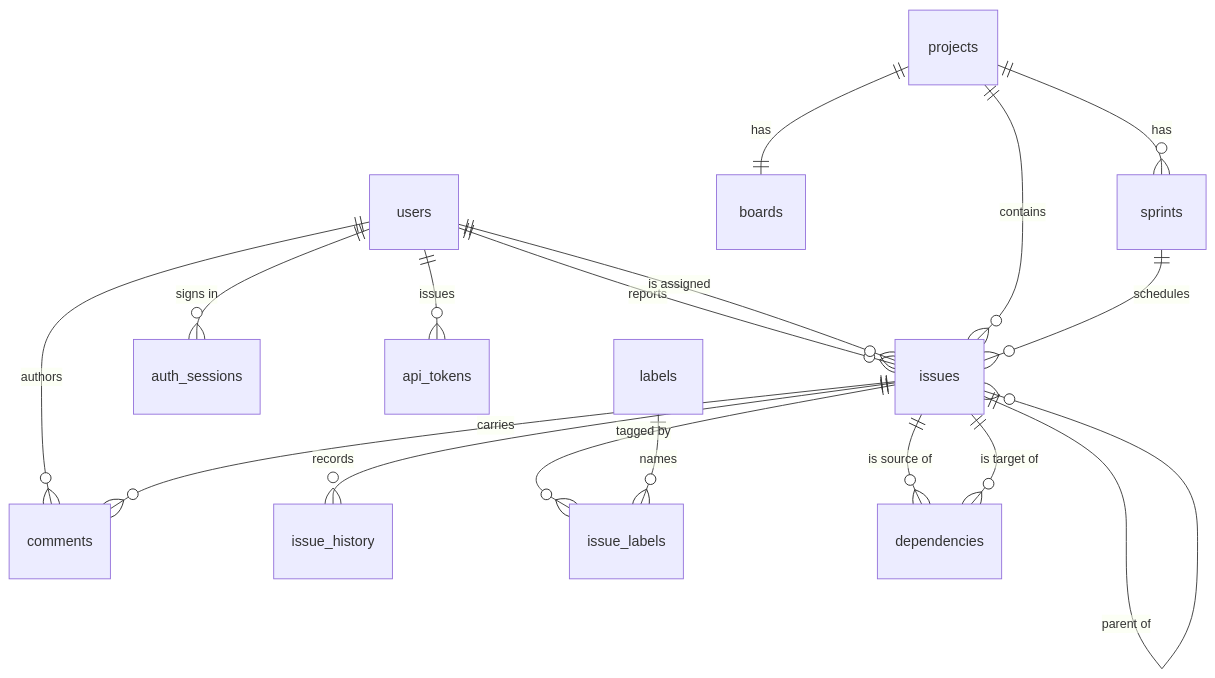
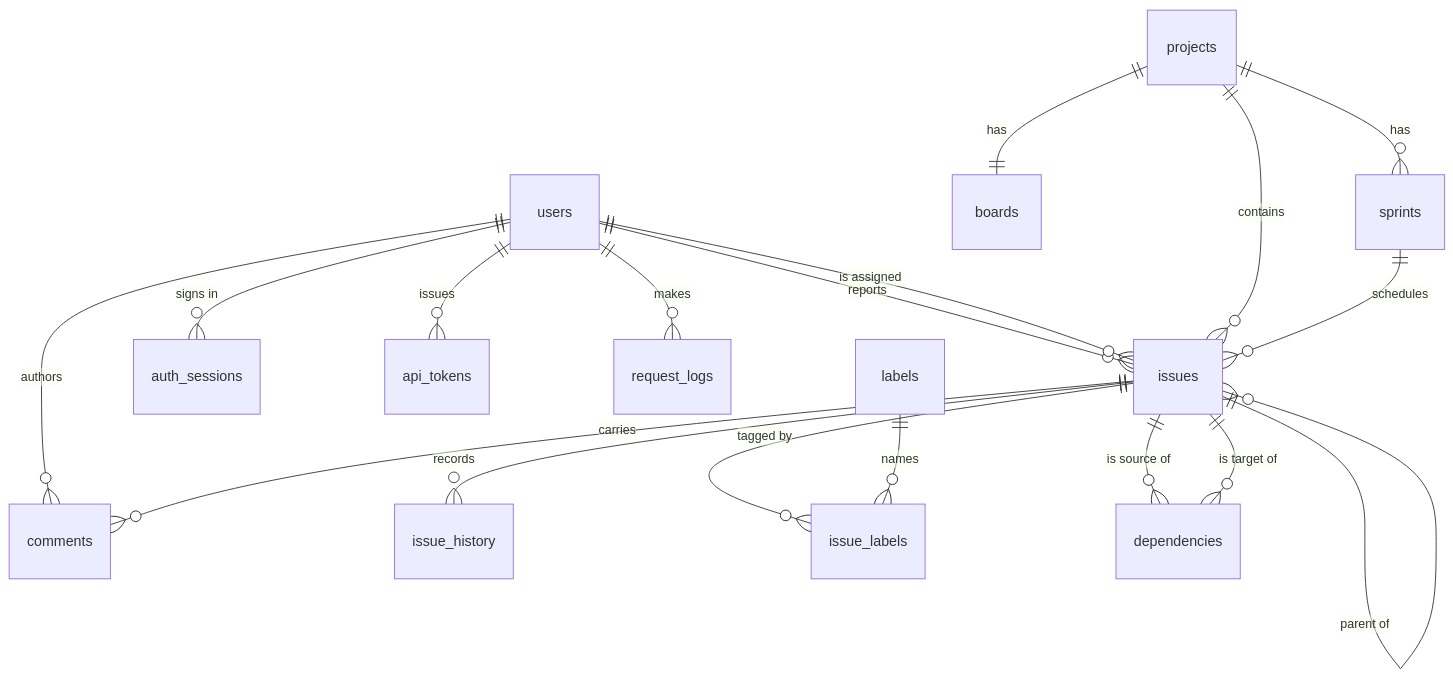
One commit to Mathotics/Keel changed the diagram in docs/design/data-model.md. Above: the diagram before and after it, drawn with Mermaid. The commit also changed other lines of this file and 20 other files, not shown here.

````diff
--- a/docs/design/data-model.md
+++ b/docs/design/data-model.md
@@ -9,19 +9,20 @@
 ```mermaid
 erDiagram
   users ||--o{ issues : "reports"
   users ||--o{ issues : "is assigned"
   users ||--o{ comments : "authors"
   users ||--o{ auth_sessions : "signs in"
   users ||--o{ api_tokens : "issues"
+  users ||--o{ request_logs : "makes"
   projects ||--o{ issues : "contains"
   projects ||--|| boards : "has"
   projects ||--o{ sprints : "has"
   issues ||--o{ issues : "parent of"
   sprints ||--o{ issues : "schedules"
   issues ||--o{ comments : "carries"
   issues ||--o{ issue_history : "records"
   issues ||--o{ issue_labels : "tagged by"
   labels ||--o{ issue_labels : "names"
   issues ||--o{ dependencies : "is source of"
   issues ||--o{ dependencies : "is target of"
 ```
````
